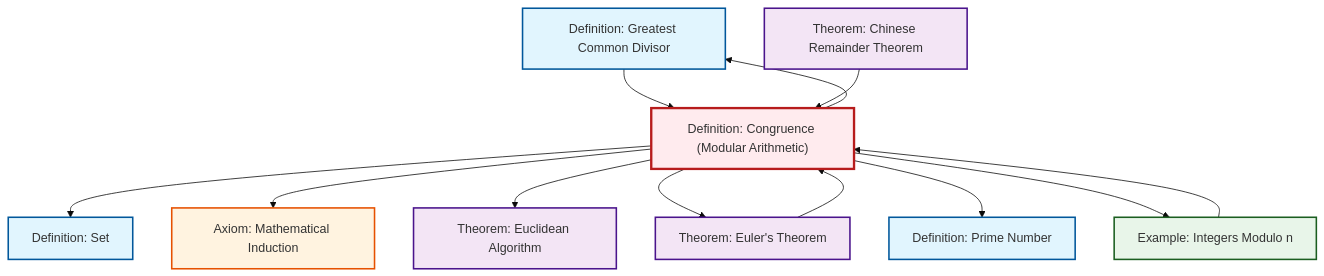
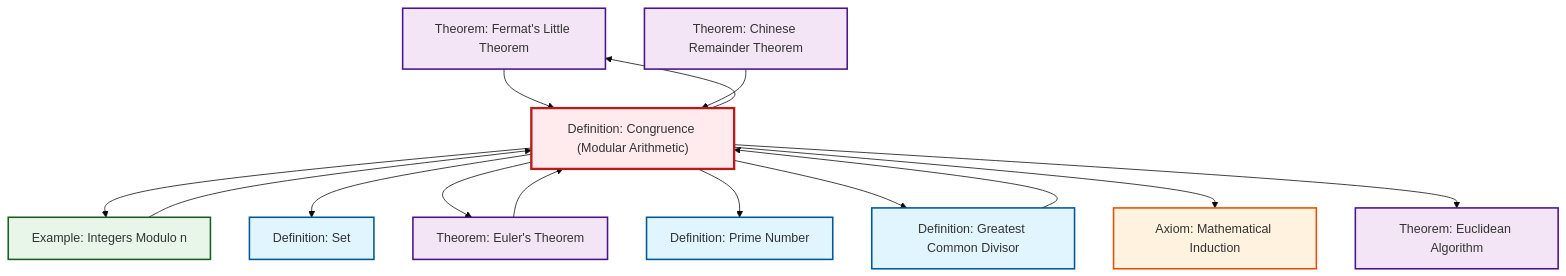
The diagram in content/en/number-theory/def-congruence.qmd (RK0429/ModernMath), drawn with Mermaid (base theme) before and after one commit. The commit also changed 360 other files, not shown here.

````diff
--- a/content/en/number-theory/def-congruence.qmd
+++ b/content/en/number-theory/def-congruence.qmd
@@ -121,38 +121,42 @@
 ```{mermaid}
 %%| fig-cap: "Local dependency graph"
 graph TD
     classDef definition fill:#e1f5fe,stroke:#01579b,stroke-width:2px
     classDef theorem fill:#f3e5f5,stroke:#4a148c,stroke-width:2px
     classDef axiom fill:#fff3e0,stroke:#e65100,stroke-width:2px
     classDef example fill:#e8f5e9,stroke:#1b5e20,stroke-width:2px
     classDef current fill:#ffebee,stroke:#b71c1c,stroke-width:3px
+    thm-fermat-little["Theorem: Fermat's Little Theorem"]:::theorem
+    thm-euler["Theorem: Euler's Theorem"]:::theorem
+    thm-chinese-remainder["Theorem: Chinese Remainder Theorem"]:::theorem
+    ex-quotient-integers-mod-n["Example: Integers Modulo n"]:::example
+    def-congruence["Definition: Congruence (Modular Arithmetic)"]:::definition
+    def-prime["Definition: Prime Number"]:::definition
+    def-set["Definition: Set"]:::definition
+    thm-euclidean-algorithm["Theorem: Euclidean Algorithm"]:::theorem
     def-gcd["Definition: Greatest Common Divisor"]:::definition
-    thm-euler["Theorem: Euler's Theorem"]:::theorem
-    thm-euclidean-algorithm["Theorem: Euclidean Algorithm"]:::theorem
-    def-prime["Definition: Prime Number"]:::definition
-    thm-chinese-remainder["Theorem: Chinese Remainder Theorem"]:::theorem
     ax-induction["Axiom: Mathematical Induction"]:::axiom
-    def-set["Definition: Set"]:::definition
-    def-congruence["Definition: Congruence (Modular Arithmetic)"]:::definition
-    ex-quotient-integers-mod-n["Example: Integers Modulo n"]:::example
+    def-congruence --> ex-quotient-integers-mod-n
+    def-congruence --> thm-fermat-little
     def-congruence --> def-set
+    thm-euler --> def-congruence
+    def-congruence --> thm-euler
+    ex-quotient-integers-mod-n --> def-congruence
+    def-congruence --> def-prime
+    thm-fermat-little --> def-congruence
+    def-congruence --> def-gcd
+    def-congruence --> ax-induction
     def-gcd --> def-congruence
-    def-congruence --> ax-induction
-    thm-euler --> def-congruence
     def-congruence --> thm-euclidean-algorithm
-    ex-quotient-integers-mod-n --> def-congruence
-    def-congruence --> thm-euler
-    def-congruence --> def-prime
     thm-chinese-remainder --> def-congruence
-    def-congruence --> ex-quotient-integers-mod-n
-    def-congruence --> def-gcd
     class def-congruence current
+    click thm-fermat-little "thm-fermat-little.html" "Go to Fermat's Little Theorem theorem"
+    click thm-euler "thm-euler.html" "Go to Euler's Theorem theorem"
+    click thm-chinese-remainder "thm-chinese-remainder.html" "Go to Chinese Remainder Theorem theorem"
+    click ex-quotient-integers-mod-n "ex-quotient-integers-mod-n.html" "Go to Integers Modulo n example"
+    click def-prime "def-prime.html" "Go to Prime Number definition"
+    click def-set "def-set.html" "Go to Set definition"
+    click thm-euclidean-algorithm "thm-euclidean-algorithm.html" "Go to Euclidean Algorithm theorem"
     click def-gcd "def-gcd.html" "Go to Greatest Common Divisor definition"
-    click thm-euler "thm-euler.html" "Go to Euler's Theorem theorem"
-    click thm-euclidean-algorithm "thm-euclidean-algorithm.html" "Go to Euclidean Algorithm theorem"
-    click def-prime "def-prime.html" "Go to Prime Number definition"
-    click thm-chinese-remainder "thm-chinese-remainder.html" "Go to Chinese Remainder Theorem theorem"
     click ax-induction "ax-induction.html" "Go to Mathematical Induction axiom"
-    click def-set "def-set.html" "Go to Set definition"
-    click ex-quotient-integers-mod-n "ex-quotient-integers-mod-n.html" "Go to Integers Modulo n example"
 ```
````
